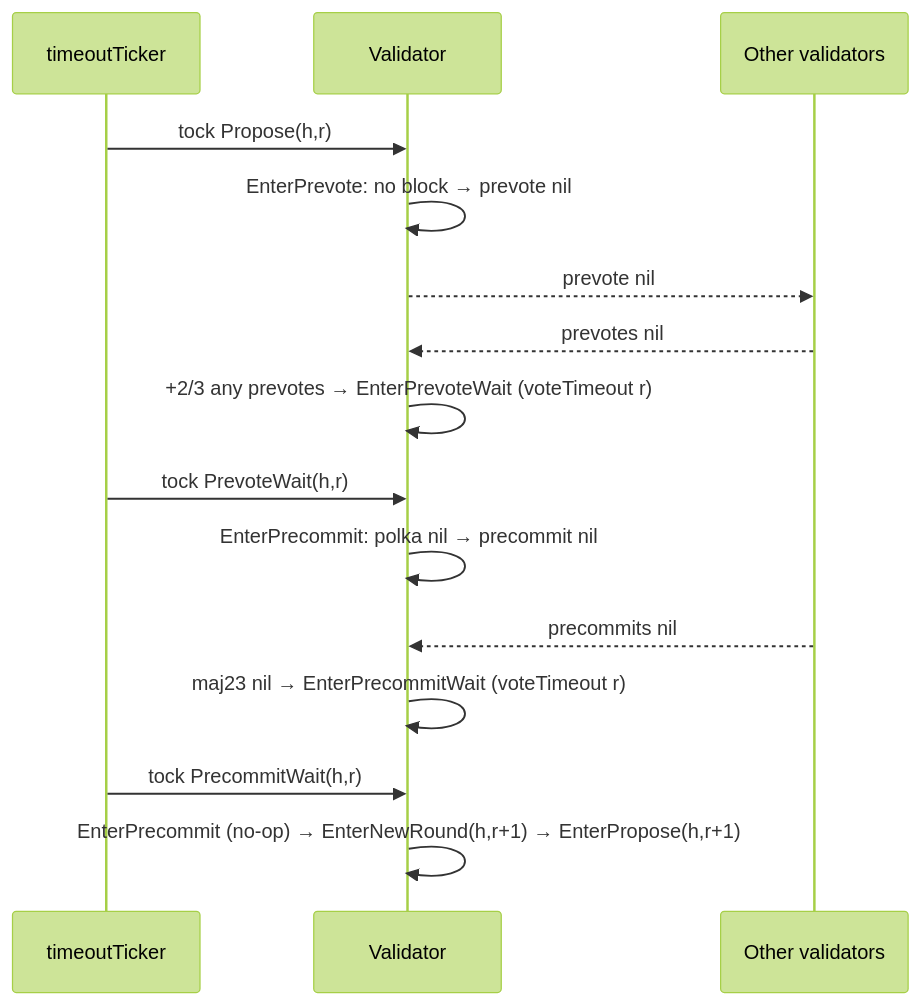
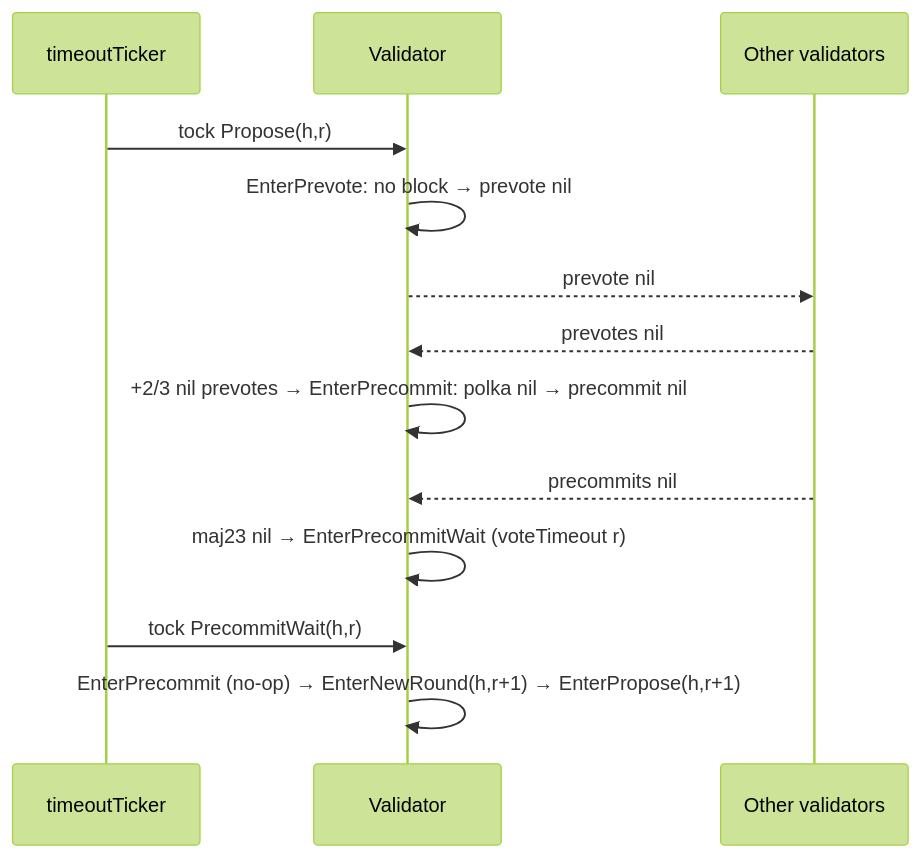
One commit to dashpay/tenderdash changed the diagram in spec/consensus/consensus-alternative-flows.md. Above: the diagram before and after it, drawn with Mermaid (forest theme). The commit also changed other lines of this file and 6 other files, not shown here.

````diff
--- a/spec/consensus/consensus-alternative-flows.md
+++ b/spec/consensus/consensus-alternative-flows.md
@@ -23,17 +28,15 @@
 ```mermaid
 sequenceDiagram
     participant T as timeoutTicker
     participant V as Validator
     participant N as Other validators
     T->>V: tock Propose(h,r)
     V->>V: EnterPrevote: no block → prevote nil
     V-->>N: prevote nil
     N-->>V: prevotes nil
-    V->>V: +2/3 any prevotes → EnterPrevoteWait (voteTimeout r)
-    T->>V: tock PrevoteWait(h,r)
-    V->>V: EnterPrecommit: polka nil → precommit nil
+    V->>V: +2/3 nil prevotes → EnterPrecommit: polka nil → precommit nil
     N-->>V: precommits nil
     V->>V: maj23 nil → EnterPrecommitWait (voteTimeout r)
     T->>V: tock PrecommitWait(h,r)
     V->>V: EnterPrecommit (no-op) → EnterNewRound(h,r+1) → EnterPropose(h,r+1)
 ```
````
